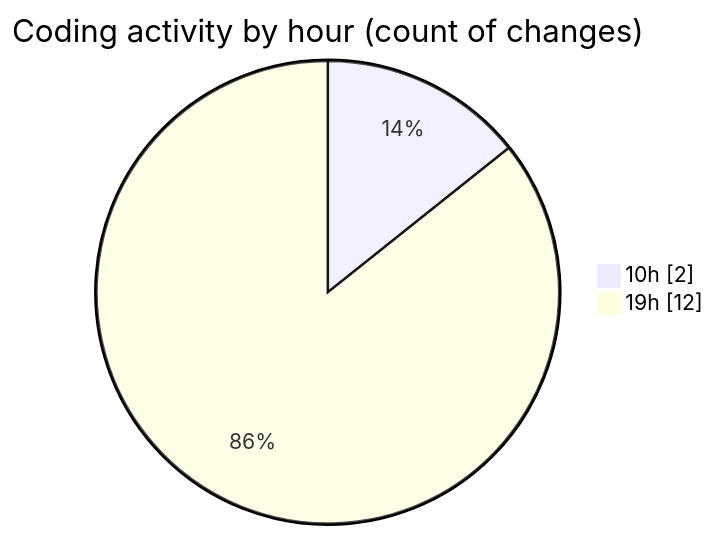
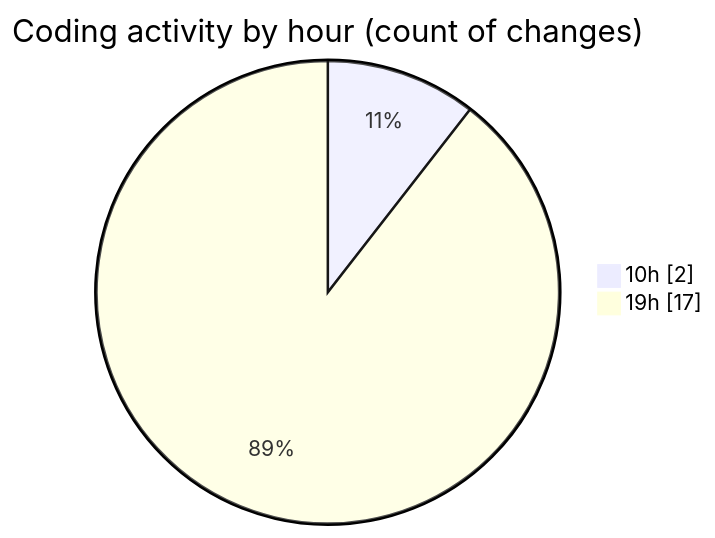
Before and after one commit to MatusMokan/code-tracking: the second of 2 diagrams in 2025-05-04/myws__workspace_/README.md, drawn with Mermaid. The commit also changed other lines of this file and 1 other file, not shown here.

````diff
--- a/2025-05-04/myws__workspace_/README.md
+++ b/2025-05-04/myws__workspace_/README.md
@@ -32,6 +32,6 @@
 ```mermaid
 pie showData
 title Coding activity by hour (count of changes)
 "10h" : 2
-"19h" : 12
+"19h" : 17
 ```
````
